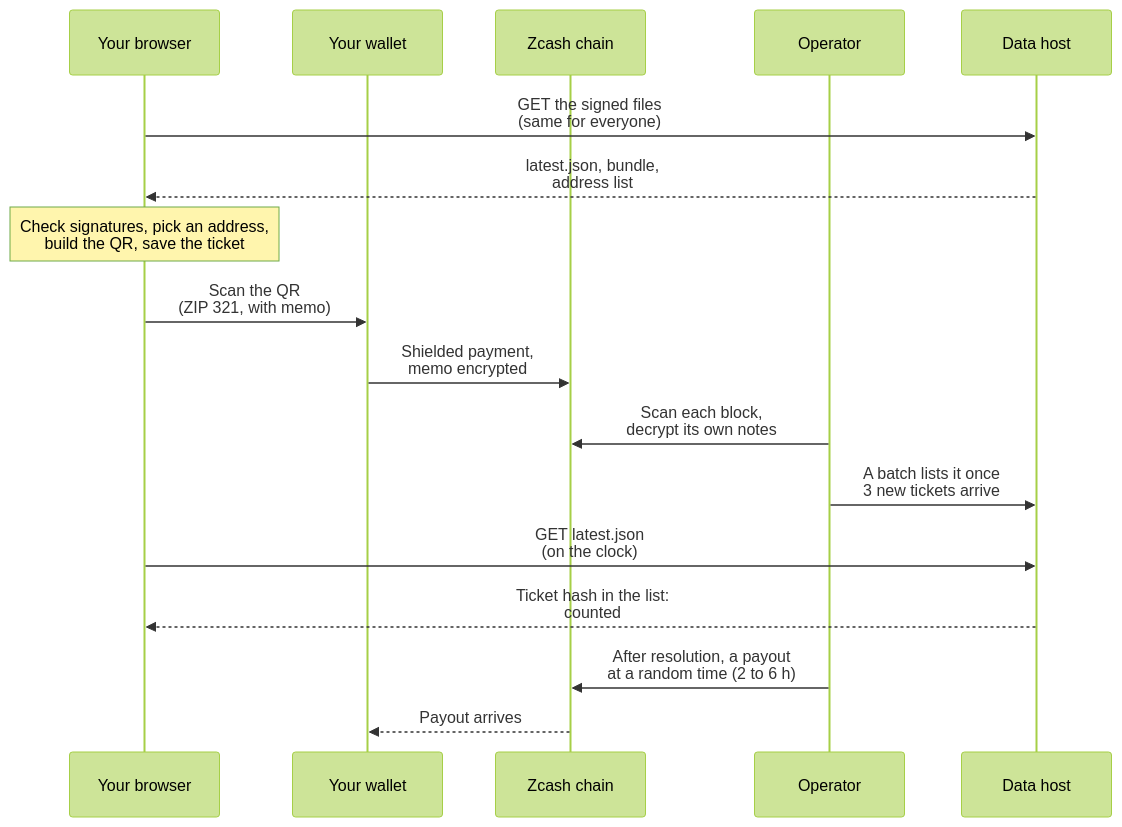
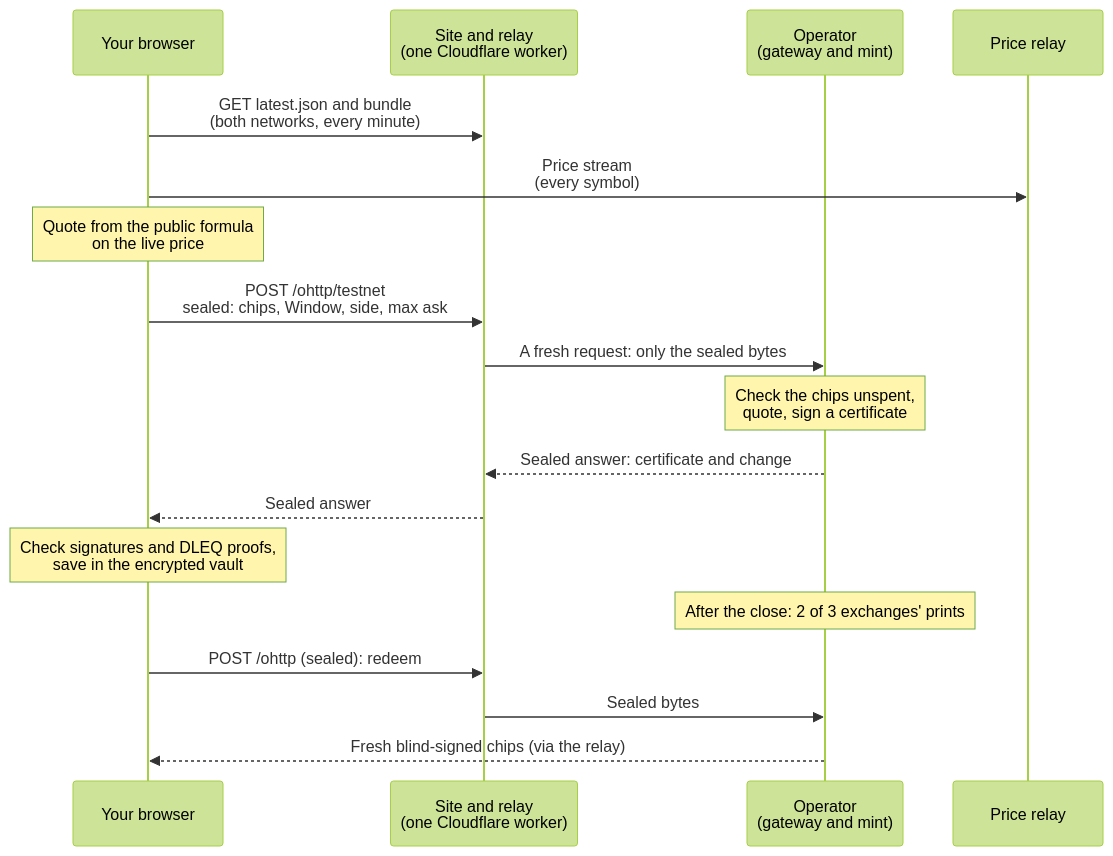
Before and after one commit to Blockchain-Oracle/kakure: the first of 4 diagrams in apps/docs/content/docs/system-maps.mdx, drawn with Mermaid (forest theme). The commit also changed other lines of this file and 15 other files, not shown here.

````diff
--- a/apps/docs/content/docs/system-maps.mdx
+++ b/apps/docs/content/docs/system-maps.mdx
@@ -11,19 +12,20 @@
 ```mermaid
 sequenceDiagram
   participant You as Your browser
-  participant Wallet as Your wallet
-  participant Chain as Zcash chain
-  participant Op as Operator
-  participant Host as Data host
-  You->>Host: GET the signed files<br/>(same for everyone)
-  Host-->>You: latest.json, bundle,<br/>address list
-  Note over You: Check signatures, pick an address,<br/>build the QR, save the ticket
-  You->>Wallet: Scan the QR<br/>(ZIP 321, with memo)
-  Wallet->>Chain: Shielded payment,<br/>memo encrypted
-  Op->>Chain: Scan each block,<br/>decrypt its own notes
-  Op->>Host: A batch lists it once<br/>3 new tickets arrive
-  You->>Host: GET latest.json<br/>(on the clock)
-  Host-->>You: Ticket hash in the list:<br/>counted
-  Op->>Chain: After resolution, a payout<br/>at a random time (2 to 6 h)
-  Chain-->>Wallet: Payout arrives
+  participant Site as Site and relay<br/>(one Cloudflare worker)
+  participant Op as Operator<br/>(gateway and mint)
+  participant Prices as Price relay
+  You->>Site: GET latest.json and bundle<br/>(both networks, every minute)
+  You->>Prices: Price stream<br/>(every symbol)
+  Note over You: Quote from the public formula<br/>on the live price
+  You->>Site: POST /ohttp/testnet<br/>sealed: chips, Window, side, max ask
+  Site->>Op: A fresh request: only the sealed bytes
+  Note over Op: Check the chips unspent,<br/>quote, sign a certificate
+  Op-->>Site: Sealed answer: certificate and change
+  Site-->>You: Sealed answer
+  Note over You: Check signatures and DLEQ proofs,<br/>save in the encrypted vault
+  Note over Op: After the close: 2 of 3 exchanges' prints
+  You->>Site: POST /ohttp (sealed): redeem
+  Site->>Op: Sealed bytes
+  Op-->>You: Fresh blind-signed chips (via the relay)
 ```
````
